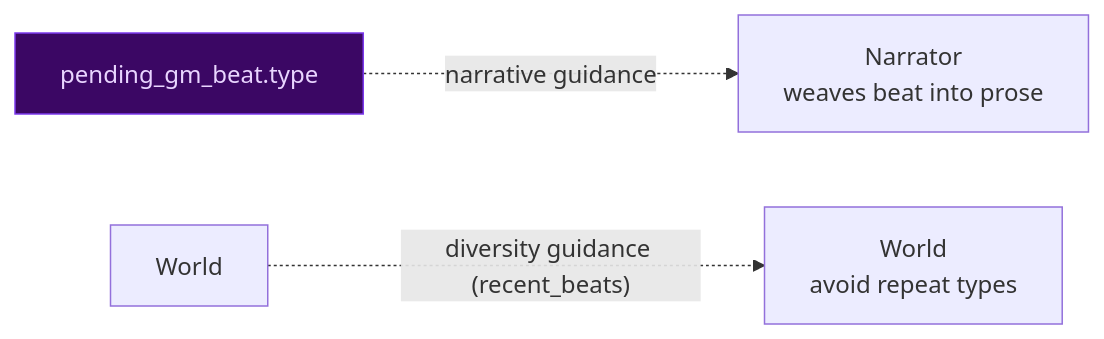
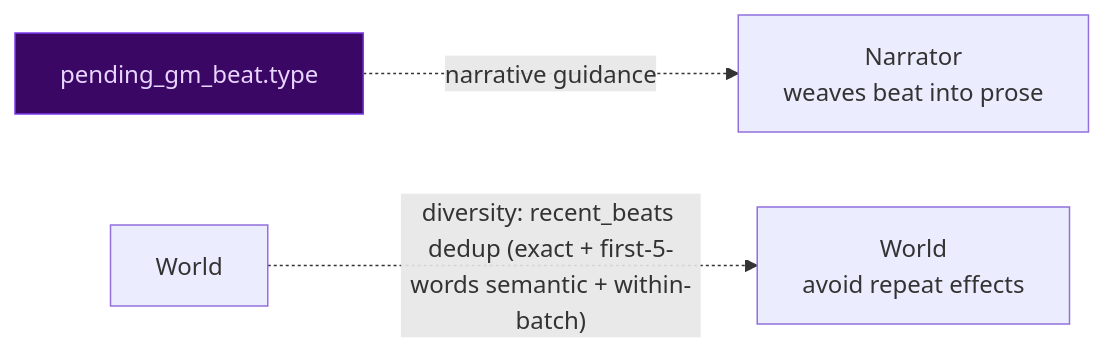
Before and after one commit to pww217/fablethread: the third of 7 diagrams in docs/architecture/pacing-systems.md, drawn with Mermaid. The commit also changed other lines of this file and 34 other files, not shown here.

````diff
--- a/docs/architecture/pacing-systems.md
+++ b/docs/architecture/pacing-systems.md
@@ -121,7 +121,7 @@
 ```mermaid
 flowchart LR
     BEAT["pending_gm_beat.type"] -. "narrative guidance" .-> NARR["Narrator<br>weaves beat into prose"]
-    WORLD["World" ] -. "diversity guidance (recent_beats)" .-> WORLD_GEN["World<br>avoid repeat types"]
+    WORLD["World" ] -. "diversity: recent_beats dedup (exact + first-5-words semantic + within-batch)" .-> WORLD_GEN["World<br>avoid repeat effects"]
 
     style BEAT fill:#3b0764,color:#e9d5ff,stroke:#7c3aed
 ```
````
